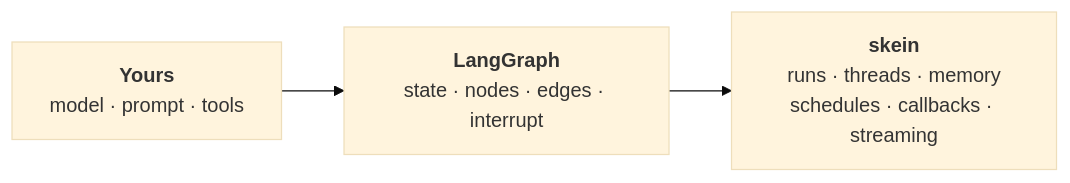
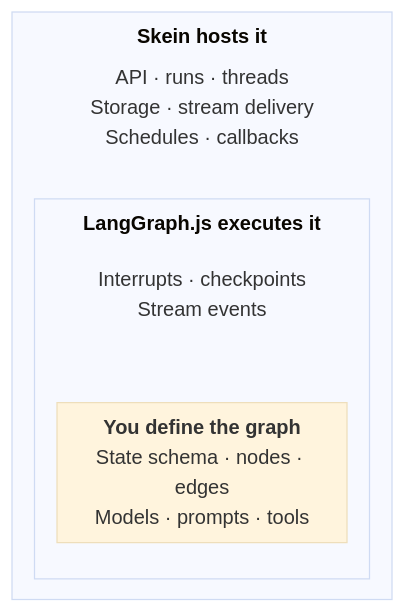
Before and after one commit to skein-js/skein-js: the first of 2 diagrams in docs/building-blocks.md, drawn with Mermaid (base theme). The commit also changed other lines of this file and 1 other file, not shown here.

Commit message:
docs: clarify graph responsibilities in building blocks

````diff
--- a/docs/building-blocks.md
+++ b/docs/building-blocks.md
@@ -7,8 +7,33 @@
 ```mermaid
-flowchart LR
-  Y["<b>Yours</b><br/>model · prompt · tools"]
-  L["<b>LangGraph</b><br/>state · nodes · edges · interrupt"]
-  S["<b>skein</b><br/>runs · threads · memory<br/>schedules · callbacks · streaming"]
-  Y --> L --> S
-  class Y accent
+---
+config:
+  flowchart:
+    nodeSpacing: 16
+    rankSpacing: 8
+    padding: 8
+    subGraphTitleMargin:
+      top: 8
+      bottom: 12
+---
+flowchart TB
+  accTitle: Responsibilities in a Skein-hosted agent
+  accDescr {
+    You define the state schema, nodes, and edges and choose the models, prompts, and tools.
+    LangGraph.js executes the graph, handles interrupts, writes checkpoints, and emits stream events.
+    Skein hosts the graph and provides the API, runs, threads, storage, stream delivery, schedules, and callbacks.
+  }
+  subgraph hosting["<b>Skein hosts it</b>"]
+    direction TB
+    hostingServices@{ shape: text, label: "API · runs · threads<br/>Storage · stream delivery<br/>Schedules · callbacks" }
+    subgraph execution["<b>LangGraph.js executes it</b>"]
+      direction TB
+      executionFeatures@{ shape: text, label: "Interrupts · checkpoints<br/>Stream events" }
+      authoredGraph["<b>You define the graph</b><br/>State schema · nodes · edges<br/>Models · prompts · tools"]
+      executionFeatures ~~~ authoredGraph
+    end
+    hostingServices ~~~ execution
+  end
+  classDef details fill:none,stroke:none
+  class hostingServices,executionFeatures details
+  class authoredGraph accent
 ```
````
